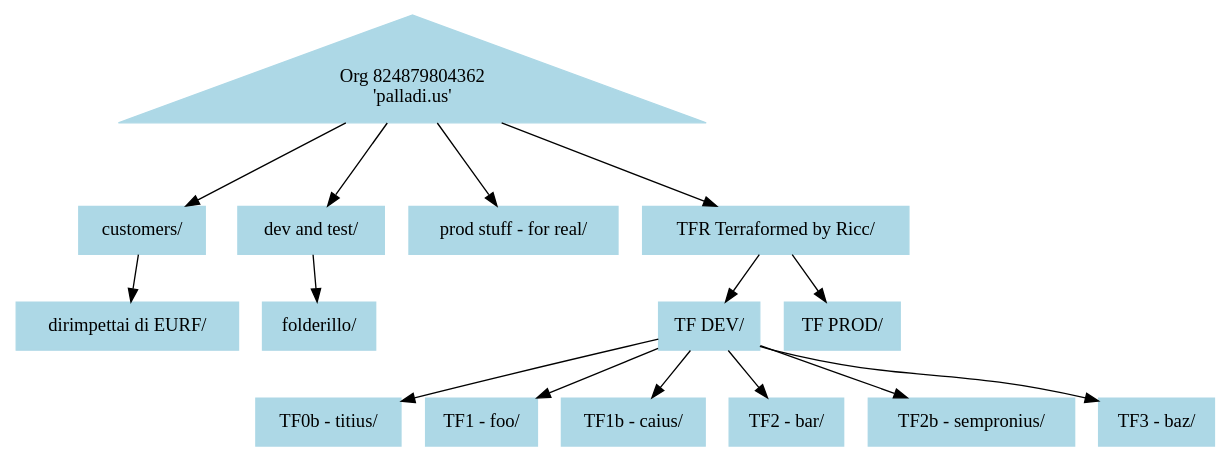
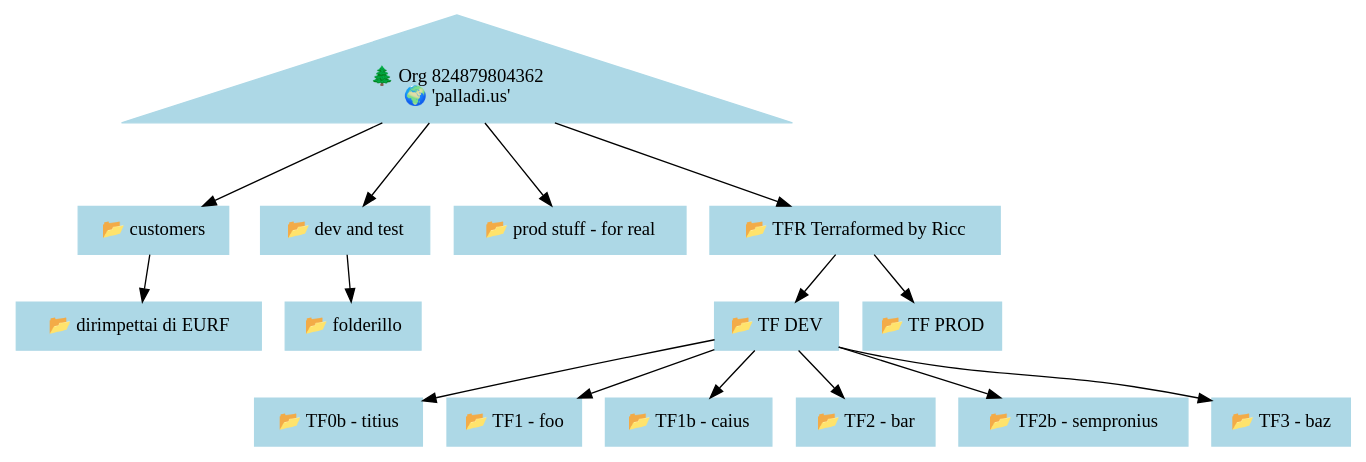
One commit to palladius/org-folder-projects-graph changed the diagram in out/recursive-824879804362_NP.dot. Above: the diagram before and after it, drawn with Graphviz. The commit also changed 1 other file, not shown here.

Commit message:
updated NP stuff

```diff
--- a/out/recursive-824879804362_NP.dot
+++ b/out/recursive-824879804362_NP.dot
@@ -1,33 +1,33 @@
 digraph 
   {
     node [ color = lightblue, style = "filled" ];
-    "organizations/824879804362" [ label = "Org 824879804362\n'palladi.us'",shape = "triangle" ];
-    "folders/993609995477" [ label = "customers/",shape = "rectangle" ];
-    "folders/885056483479" [ label = "dev and test/",shape = "rectangle" ];
-    "folders/887288965373" [ label = "prod stuff - for real/",shape = "rectangle" ];
-    "folders/510416893777" [ label = "TFR Terraformed by Ricc/",shape = "rectangle" ];
-    "folders/571390668780" [ label = "dirimpettai di EURF/",shape = "rectangle" ];
-    "folders/128544652663" [ label = "folderillo/",shape = "rectangle" ];
-    "folders/93350088776" [ label = "TF DEV/",shape = "rectangle" ];
-    "folders/723110142384" [ label = "TF0b - titius/",shape = "rectangle" ];
-    "folders/454527359325" [ label = "TF1 - foo/",shape = "rectangle" ];
-    "folders/1026736501110" [ label = "TF1b - caius/",shape = "rectangle" ];
-    "folders/403965627320" [ label = "TF2 - bar/",shape = "rectangle" ];
-    "folders/802144187596" [ label = "TF2b - sempronius/",shape = "rectangle" ];
-    "folders/986862742068" [ label = "TF3 - baz/",shape = "rectangle" ];
-    "folders/99919748229" [ label = "TF PROD/",shape = "rectangle" ];
+    "organizations/824879804362" [ label = "🌲 Org 824879804362\n🌍 'palladi.us'",shape = "triangle" ];
+    "folders/993609995477" [ label = "📂 customers",shape = "rectangle" ];
+    "folders/885056483479" [ label = "📂 dev and test",shape = "rectangle" ];
+    "folders/887288965373" [ label = "📂 prod stuff - for real",shape = "rectangle" ];
+    "folders/510416893777" [ label = "📂 TFR Terraformed by Ricc",shape = "rectangle" ];
+    "folders/571390668780" [ label = "📂 dirimpettai di EURF",shape = "rectangle" ];
+    "folders/128544652663" [ label = "📂 folderillo",shape = "rectangle" ];
+    "folders/93350088776" [ label = "📂 TF DEV",shape = "rectangle" ];
+    "folders/723110142384" [ label = "📂 TF0b - titius",shape = "rectangle" ];
+    "folders/454527359325" [ label = "📂 TF1 - foo",shape = "rectangle" ];
+    "folders/1026736501110" [ label = "📂 TF1b - caius",shape = "rectangle" ];
+    "folders/403965627320" [ label = "📂 TF2 - bar",shape = "rectangle" ];
+    "folders/802144187596" [ label = "📂 TF2b - sempronius",shape = "rectangle" ];
+    "folders/986862742068" [ label = "📂 TF3 - baz",shape = "rectangle" ];
+    "folders/99919748229" [ label = "📂 TF PROD",shape = "rectangle" ];
     "organizations/824879804362" -> "folders/993609995477";
     "organizations/824879804362" -> "folders/885056483479";
     "organizations/824879804362" -> "folders/887288965373";
     "organizations/824879804362" -> "folders/510416893777";
     "folders/993609995477" -> "folders/571390668780";
     "folders/885056483479" -> "folders/128544652663";
     "folders/510416893777" -> "folders/93350088776";
     "folders/93350088776" -> "folders/723110142384";
     "folders/93350088776" -> "folders/454527359325";
     "folders/93350088776" -> "folders/1026736501110";
     "folders/93350088776" -> "folders/403965627320";
     "folders/93350088776" -> "folders/802144187596";
     "folders/93350088776" -> "folders/986862742068";
     "folders/510416893777" -> "folders/99919748229";
   }
```
